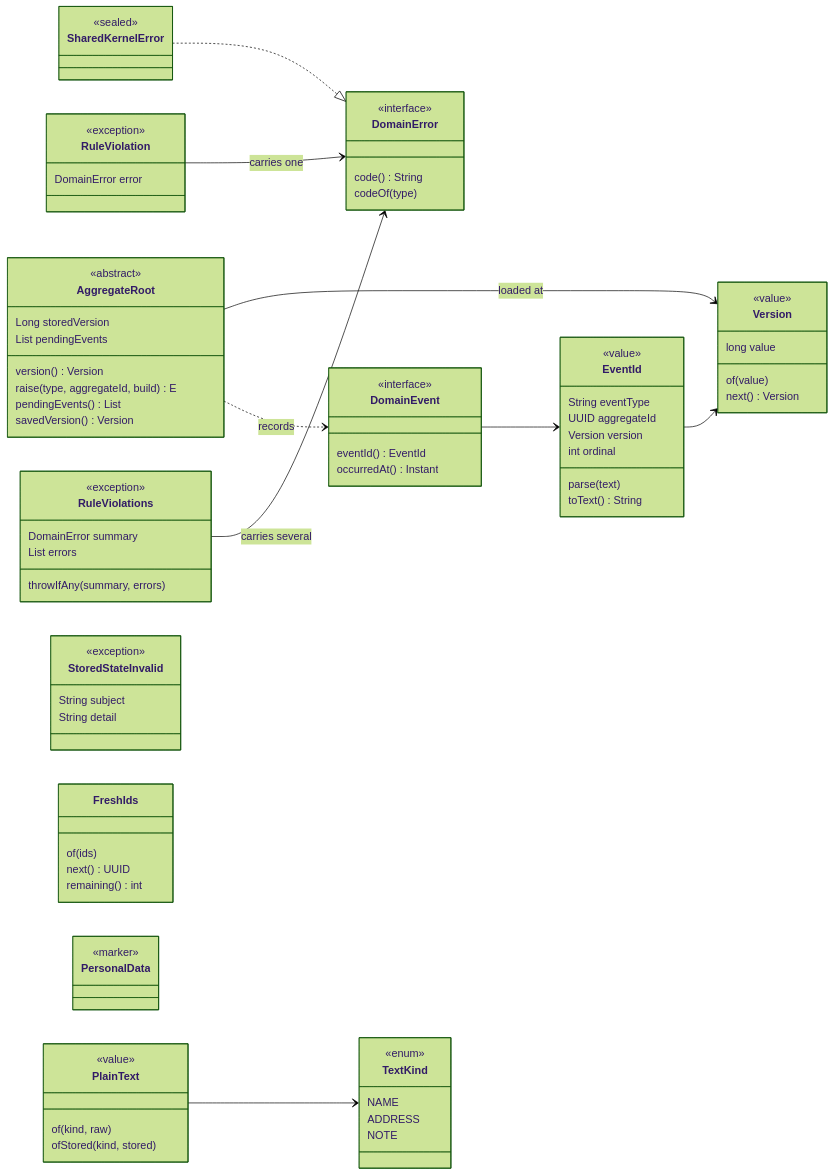
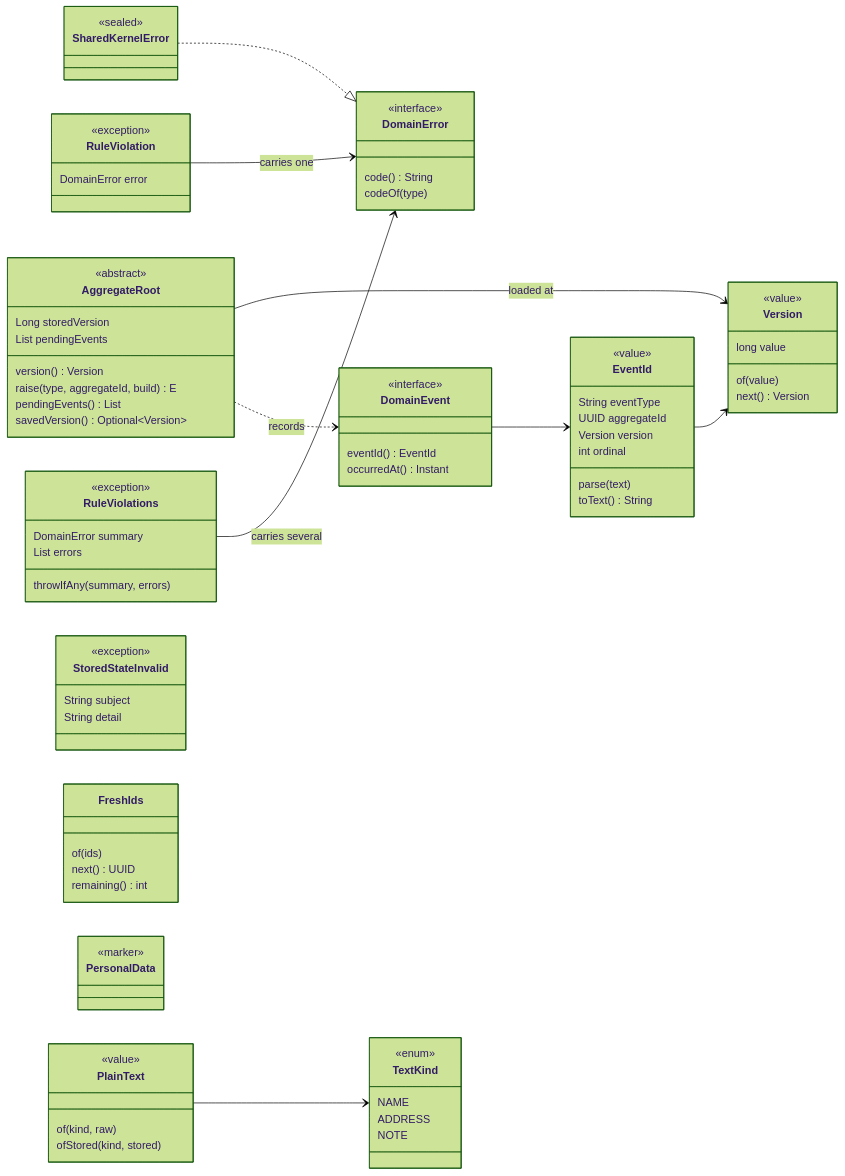
Before and after one commit to NaimElijah/DispatchFlow: the third of 29 diagrams in docs/architecture/domain_layer/domain_layer_visual_guide.md, drawn with Mermaid (forest theme). The commit also changed other lines of this file and 9 other files, not shown here.

```diff
--- a/docs/architecture/domain_layer/domain_layer_visual_guide.md
+++ b/docs/architecture/domain_layer/domain_layer_visual_guide.md
@@ -222,7 +225,7 @@
     version() Version
     raise(type, aggregateId, build) E
     pendingEvents() List
-    savedVersion() Version
+    savedVersion() Optional~Version~
   }
   class Version {
     <<value>>
```
